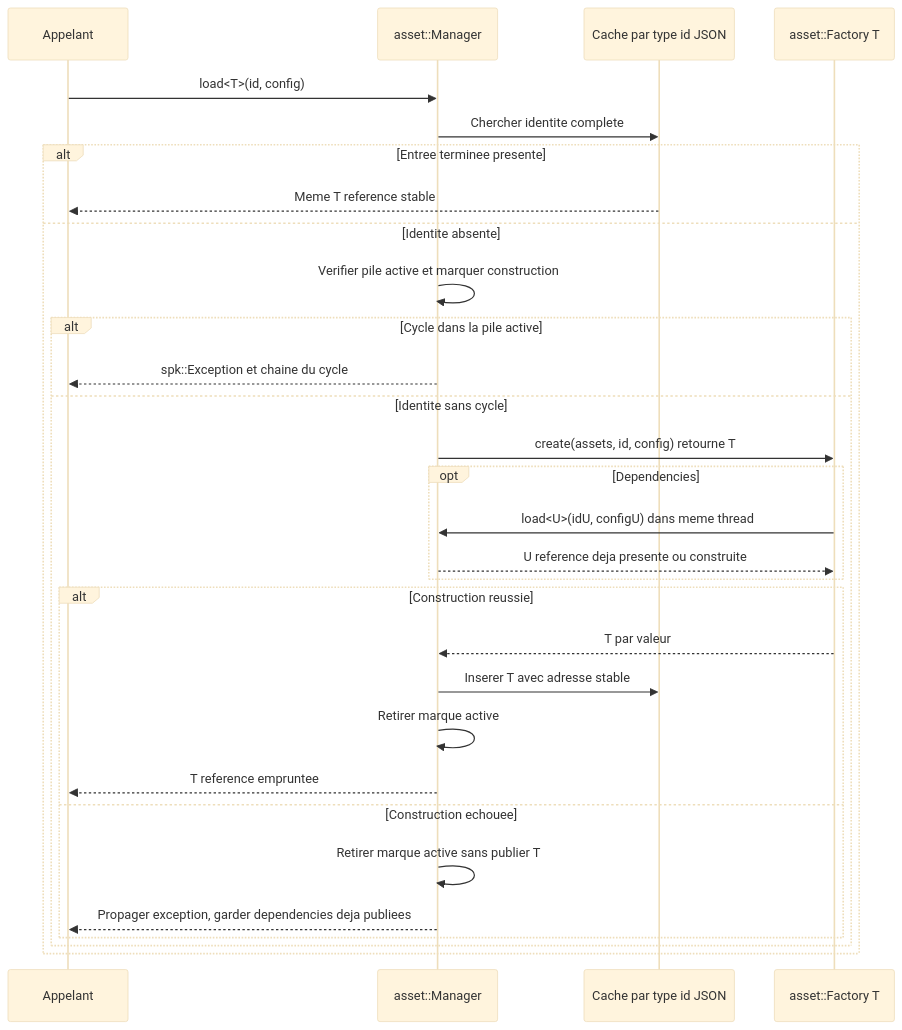
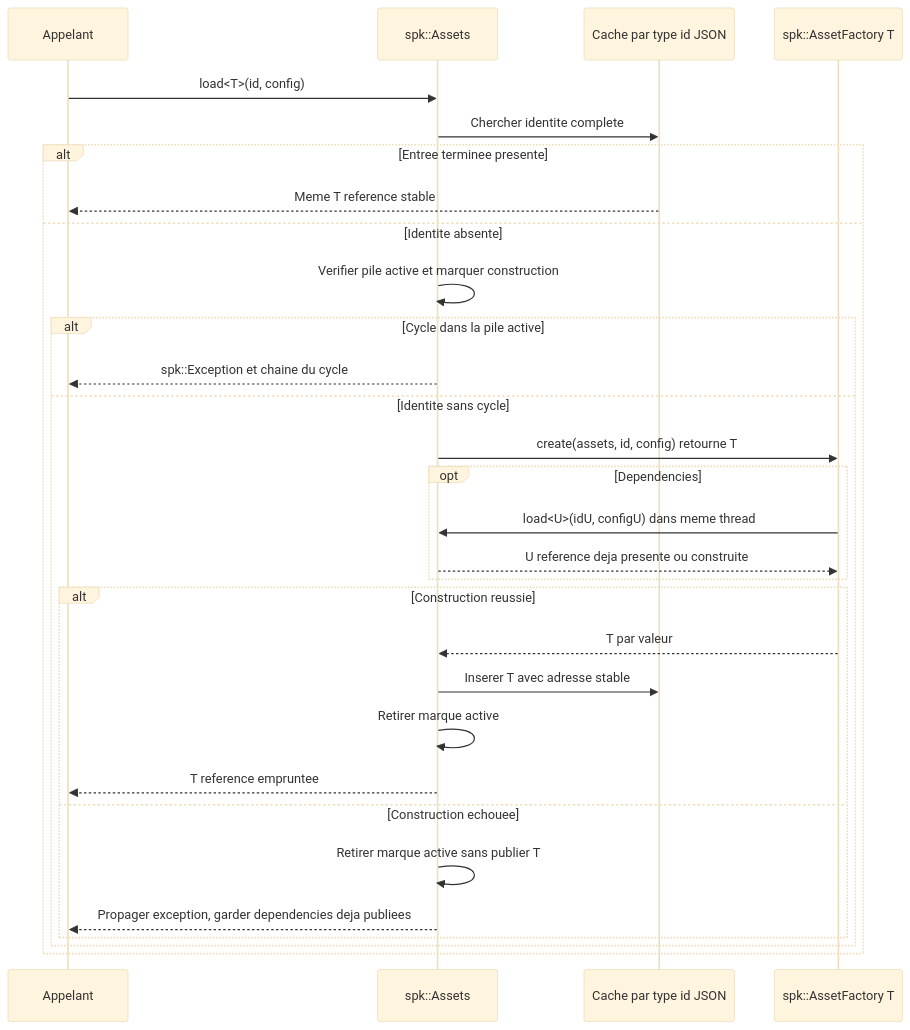
One commit to EreliaStudio/Sparkle changed the diagram in docs/voxel-engine-v0.1.4/05-asset-manager.md. Above: the diagram before and after it, drawn with Mermaid (base theme). The commit also changed other lines of this file and 11 other files, not shown here.

Commit message:
PR-06: make spk::Assets and spk::AssetFactory native public API

````diff
--- a/docs/voxel-engine-v0.1.4/05-asset-manager.md
+++ b/docs/voxel-engine-v0.1.4/05-asset-manager.md
@@ -141,32 +141,32 @@
 ```mermaid
 sequenceDiagram
     participant Caller as Appelant
-    participant Assets as asset::Manager
+    participant Assets as spk::Assets
     participant Cache as Cache par type id JSON
-    participant Factory as asset::Factory T
+    participant Factory as spk::AssetFactory T
     Caller->>Assets: load<T>(id, config)
     Assets->>Cache: Chercher identite complete
     alt Entree terminee presente
         Cache-->>Caller: Meme T reference stable
     else Identite absente
         Assets->>Assets: Verifier pile active et marquer construction
         alt Cycle dans la pile active
             Assets-->>Caller: spk::Exception et chaine du cycle
         else Identite sans cycle
             Assets->>Factory: create(assets, id, config) retourne T
             opt Dependencies
                 Factory->>Assets: load<U>(idU, configU) dans meme thread
                 Assets-->>Factory: U reference deja presente ou construite
             end
             alt Construction reussie
                 Factory-->>Assets: T par valeur
                 Assets->>Cache: Inserer T avec adresse stable
                 Assets->>Assets: Retirer marque active
                 Assets-->>Caller: T reference empruntee
             else Construction echouee
                 Assets->>Assets: Retirer marque active sans publier T
                 Assets-->>Caller: Propager exception, garder dependencies deja publiees
             end
         end
     end
 ```
````
